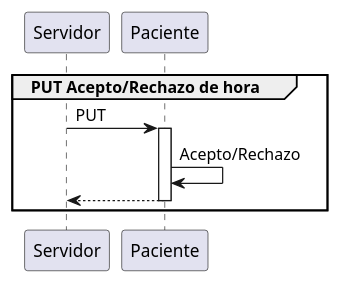
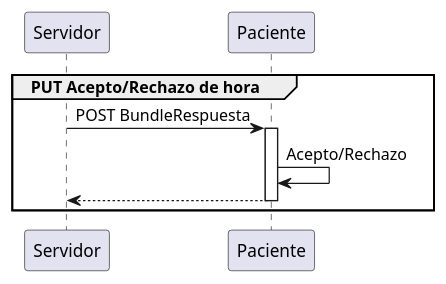
Before and after one commit to cens-chile/agenda: the diagram in input/images-source/C2.plantuml, drawn with PlantUML. The commit also changed 11 other files, not shown here.

```diff
--- a/input/images-source/C2.plantuml
+++ b/input/images-source/C2.plantuml
@@ -1,10 +1,10 @@
 @startuml
 
 group PUT Acepto/Rechazo de hora
-Servidor -> Paciente : PUT
+Servidor -> Paciente : POST BundleRespuesta
 activate Paciente
 Paciente -> Paciente : Acepto/Rechazo
 return 
 end
 
 @enduml
```
